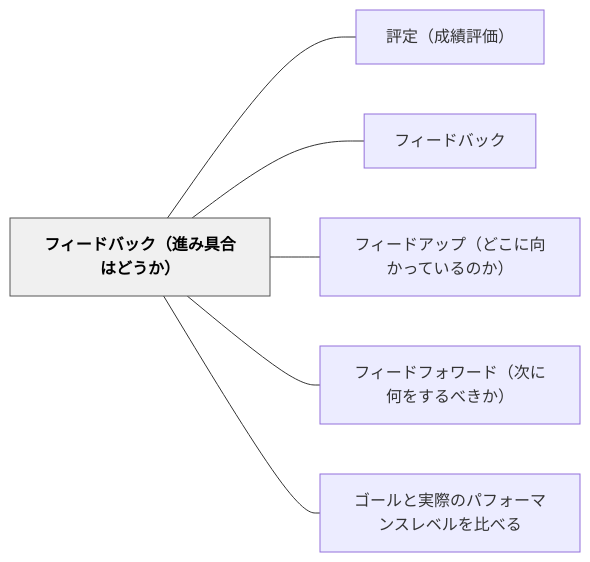
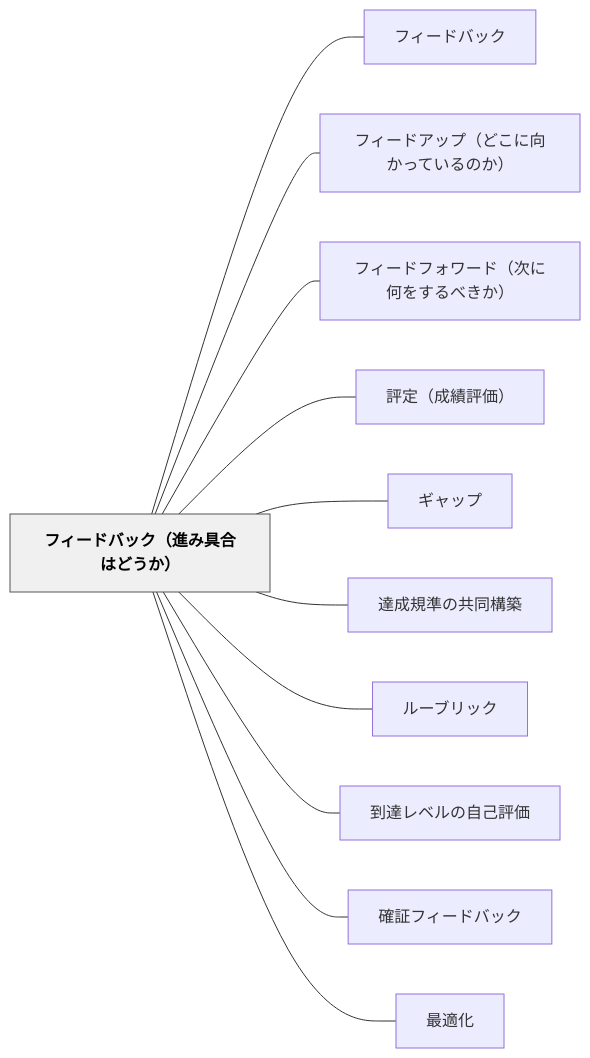
Before and after one commit to unknownthings-ed-patterns/unknownthings-ed-patterns: the diagram in content/パタン/フィードバック（進み具合はどうか）.md, drawn with Mermaid. The commit also changed other lines of this file, not shown here.

````diff
--- a/content/パタン/フィードバック（進み具合はどうか）.md
+++ b/content/パタン/フィードバック（進み具合はどうか）.md
@@ -52,18 +74,28 @@
 ```mermaid
 flowchart LR
     ne38395e382a3e383bce38389e38390e38383e382afefbc88e980b2e381bfe585b7e59088e381afe381a9e38186e3818befbc89["フィードバック（進み具合はどうか）"]
-    ne8a995e5ae9aefbc88e68890e7b8bee8a995e4bea1efbc89["評定（成績評価）"]
     ne38395e382a3e383bce38389e38390e38383e382af["フィードバック"]
     ne38395e382a3e383bce38389e382a2e38383e38397efbc88e381a9e38193e381abe59091e3818be381a3e381a6e38184e3828be381aee3818befbc89["フィードアップ（どこに向かっているのか）"]
     ne38395e382a3e383bce38389e38395e382a9e383afe383bce38389efbc88e6aca1e381abe4bd95e38292e38199e3828be381b9e3818de3818befbc89["フィードフォワード（次に何をするべきか）"]
-    ne382b4e383bce383abe381a8e5ae9fe99a9be381aee38391e38395e382a9e383bce3839ee383b3e382b9e383ace38399e383abe38292e6af94e381b9e3828b["ゴールと実際のパフォーマンスレベルを比べる"]
+    ne8a995e5ae9aefbc88e68890e7b8bee8a995e4bea1efbc89["評定（成績評価）"]
+    ne382aee383a3e38383e38397["ギャップ"]
+    ne98194e68890e8a68fe6ba96e381aee585b1e5908ce6a78be7af89["達成規準の共同構築"]
+    ne383abe383bce38396e383aae38383e382af["ルーブリック"]
+    ne588b0e98194e383ace38399e383abe381aee887aae5b7b1e8a995e4bea1["到達レベルの自己評価"]
+    ne7a2bae8a8bce38395e382a3e383bce38389e38390e38383e382af["確証フィードバック"]
+    ne69c80e981a9e58c96["最適化"]
 
-    ne38395e382a3e383bce38389e38390e38383e382afefbc88e980b2e381bfe585b7e59088e381afe381a9e38186e3818befbc89 --- ne8a995e5ae9aefbc88e68890e7b8bee8a995e4bea1efbc89
     ne38395e382a3e383bce38389e38390e38383e382afefbc88e980b2e381bfe585b7e59088e381afe381a9e38186e3818befbc89 --- ne38395e382a3e383bce38389e38390e38383e382af
     ne38395e382a3e383bce38389e38390e38383e382afefbc88e980b2e381bfe585b7e59088e381afe381a9e38186e3818befbc89 --- ne38395e382a3e383bce38389e382a2e38383e38397efbc88e381a9e38193e381abe59091e3818be381a3e381a6e38184e3828be381aee3818befbc89
     ne38395e382a3e383bce38389e38390e38383e382afefbc88e980b2e381bfe585b7e59088e381afe381a9e38186e3818befbc89 --- ne38395e382a3e383bce38389e38395e382a9e383afe383bce38389efbc88e6aca1e381abe4bd95e38292e38199e3828be381b9e3818de3818befbc89
-    ne38395e382a3e383bce38389e38390e38383e382afefbc88e980b2e381bfe585b7e59088e381afe381a9e38186e3818befbc89 --- ne382b4e383bce383abe381a8e5ae9fe99a9be381aee38391e38395e382a9e383bce3839ee383b3e382b9e383ace38399e383abe38292e6af94e381b9e3828b
+    ne38395e382a3e383bce38389e38390e38383e382afefbc88e980b2e381bfe585b7e59088e381afe381a9e38186e3818befbc89 --- ne8a995e5ae9aefbc88e68890e7b8bee8a995e4bea1efbc89
+    ne38395e382a3e383bce38389e38390e38383e382afefbc88e980b2e381bfe585b7e59088e381afe381a9e38186e3818befbc89 --- ne382aee383a3e38383e38397
+    ne38395e382a3e383bce38389e38390e38383e382afefbc88e980b2e381bfe585b7e59088e381afe381a9e38186e3818befbc89 --- ne98194e68890e8a68fe6ba96e381aee585b1e5908ce6a78be7af89
+    ne38395e382a3e383bce38389e38390e38383e382afefbc88e980b2e381bfe585b7e59088e381afe381a9e38186e3818befbc89 --- ne383abe383bce38396e383aae38383e382af
+    ne38395e382a3e383bce38389e38390e38383e382afefbc88e980b2e381bfe585b7e59088e381afe381a9e38186e3818befbc89 --- ne588b0e98194e383ace38399e383abe381aee887aae5b7b1e8a995e4bea1
+    ne38395e382a3e383bce38389e38390e38383e382afefbc88e980b2e381bfe585b7e59088e381afe381a9e38186e3818befbc89 --- ne7a2bae8a8bce38395e382a3e383bce38389e38390e38383e382af
+    ne38395e382a3e383bce38389e38390e38383e382afefbc88e980b2e381bfe585b7e59088e381afe381a9e38186e3818befbc89 --- ne69c80e981a9e58c96
 
     classDef hub fill:#f0f0f0,stroke:#555,color:#000,font-weight:bold
     class ne38395e382a3e383bce38389e38390e38383e382afefbc88e980b2e381bfe585b7e59088e381afe381a9e38186e3818befbc89 hub
 ```
````
